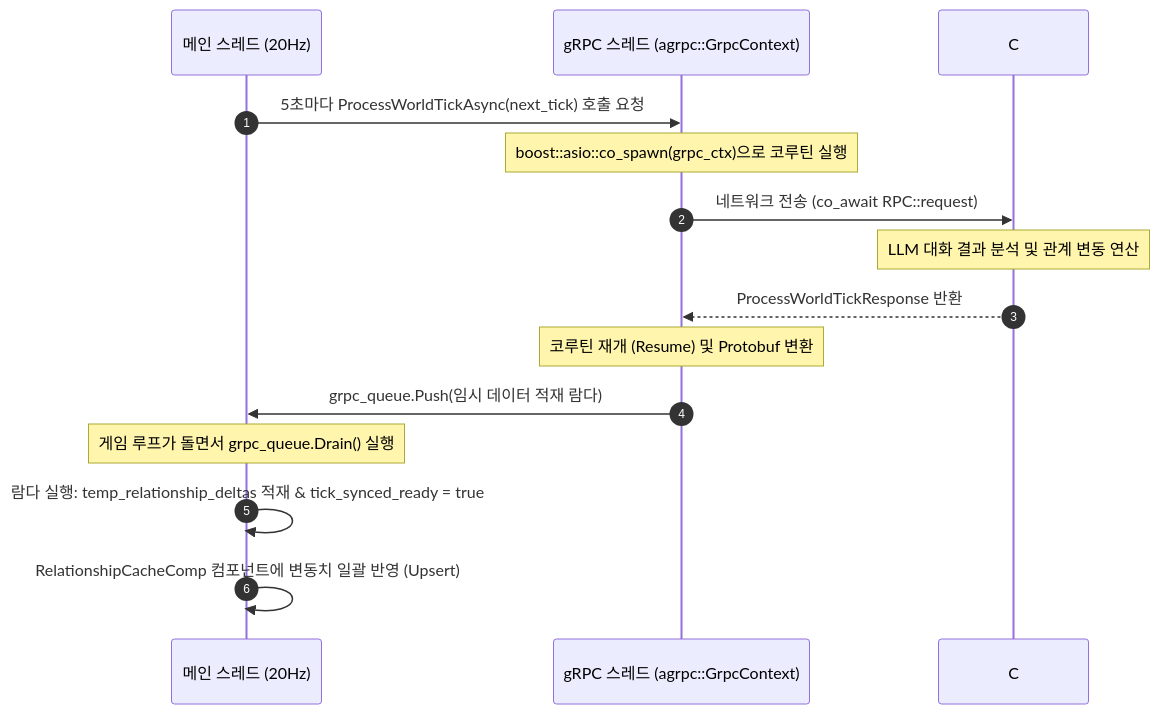
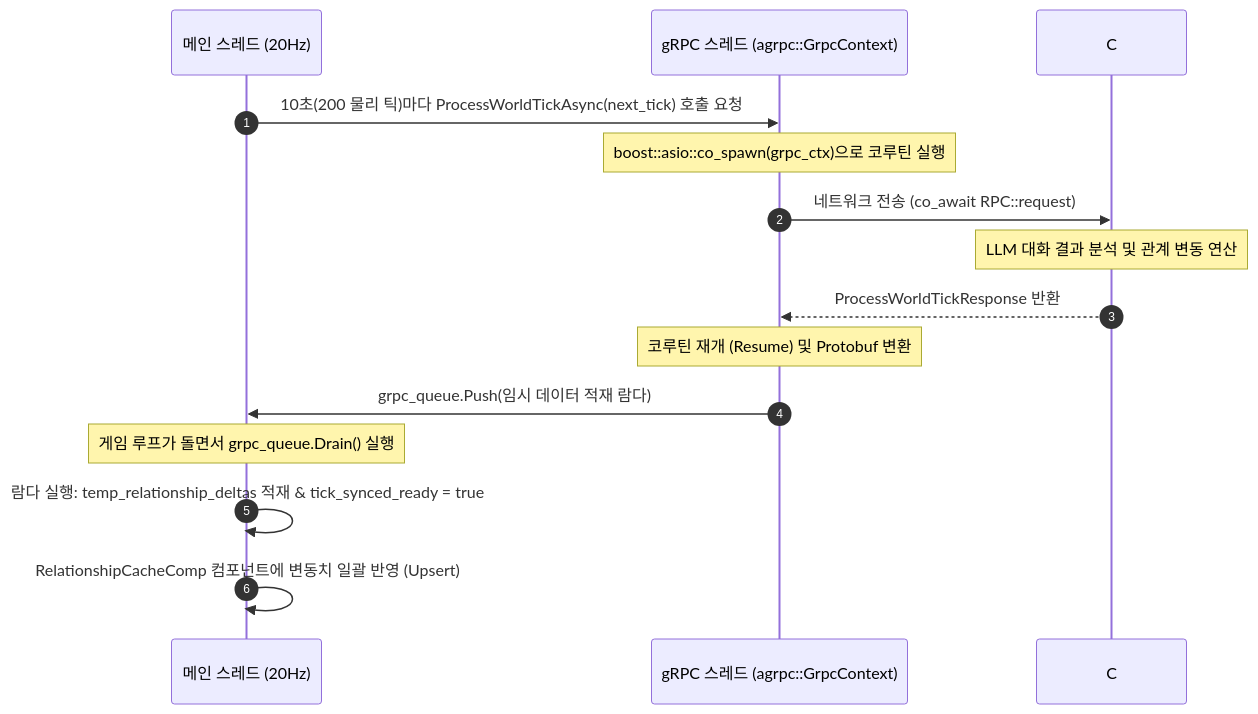
Before and after one commit to jin20203458/MundusVivens: the second of 3 diagrams in docs/01_architecture.md, drawn with Mermaid. The commit also changed other lines of this file and 7 other files, not shown here.

````diff
--- a/docs/01_architecture.md
+++ b/docs/01_architecture.md
@@ -52,18 +52,18 @@
 ```mermaid
 sequenceDiagram
     autonumber
     participant Main as 메인 스레드 (20Hz)
     participant gRPC as gRPC 스레드 (agrpc::GrpcContext)
     participant CSharp as C# AI 서버
 
-    Main->>gRPC: 5초마다 ProcessWorldTickAsync(next_tick) 호출 요청
+    Main->>gRPC: 10초(200 물리 틱)마다 ProcessWorldTickAsync(next_tick) 호출 요청
     Note over gRPC: boost::asio::co_spawn(grpc_ctx)으로 코루틴 실행
     gRPC->>CSharp: 네트워크 전송 (co_await RPC::request)
     Note over CSharp: LLM 대화 결과 분석 및 관계 변동 연산
     CSharp-->>gRPC: ProcessWorldTickResponse 반환
     Note over gRPC: 코루틴 재개 (Resume) 및 Protobuf 변환
     gRPC->>Main: grpc_queue.Push(임시 데이터 적재 람다)
     Note over Main: 게임 루프가 돌면서 grpc_queue.Drain() 실행
     Main->>Main: 람다 실행: temp_relationship_deltas 적재 & tick_synced_ready = true
     Main->>Main: RelationshipCacheComp 컴포넌트에 변동치 일괄 반영 (Upsert)
 ```
````
